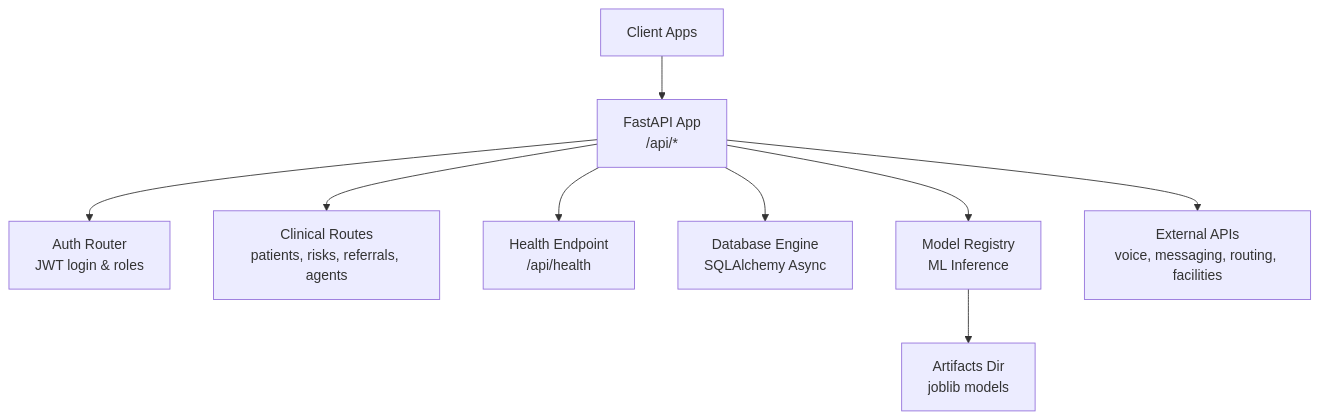
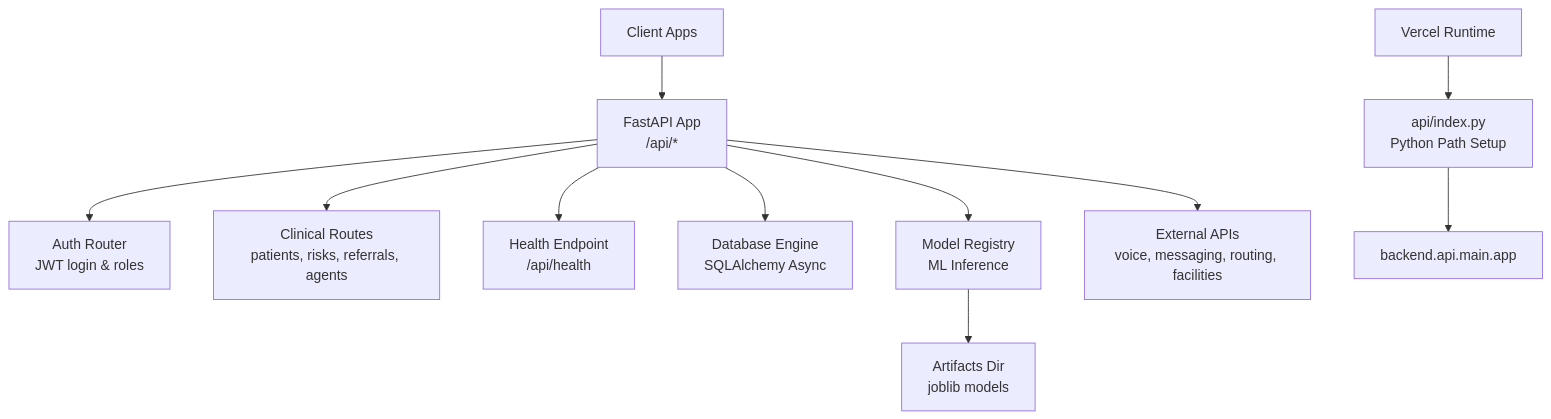
The first of 7 diagrams in .qoder/repowiki/en/content/Deployment and Operations.md (Zafar488/MaHifzat-Ai), drawn with Mermaid before and after one commit. The commit also changed other lines of this file and 360 other files, not shown here.

````diff
--- a/.qoder/repowiki/en/content/Deployment and Operations.md
+++ b/.qoder/repowiki/en/content/Deployment and Operations.md
@@ -38,11 +49,13 @@
 ```mermaid
 graph TB
 Client["Client Apps"] --> API["FastAPI App<br/>/api/*"]
 API --> Auth["Auth Router<br/>JWT login & roles"]
 API --> Routes["Clinical Routes<br/>patients, risks, referrals, agents"]
 API --> Health["Health Endpoint<br/>/api/health"]
 API --> DB["Database Engine<br/>SQLAlchemy Async"]
 API --> Models["Model Registry<br/>ML Inference"]
 Models --> Artifacts["Artifacts Dir<br/>joblib models"]
 API --> External["External APIs<br/>voice, messaging, routing, facilities"]
+Vercel["Vercel Runtime"] --> Entrypoint["api/index.py<br/>Python Path Setup"]
+Entrypoint --> MainApp["backend.api.main.app"]
 ```
````
